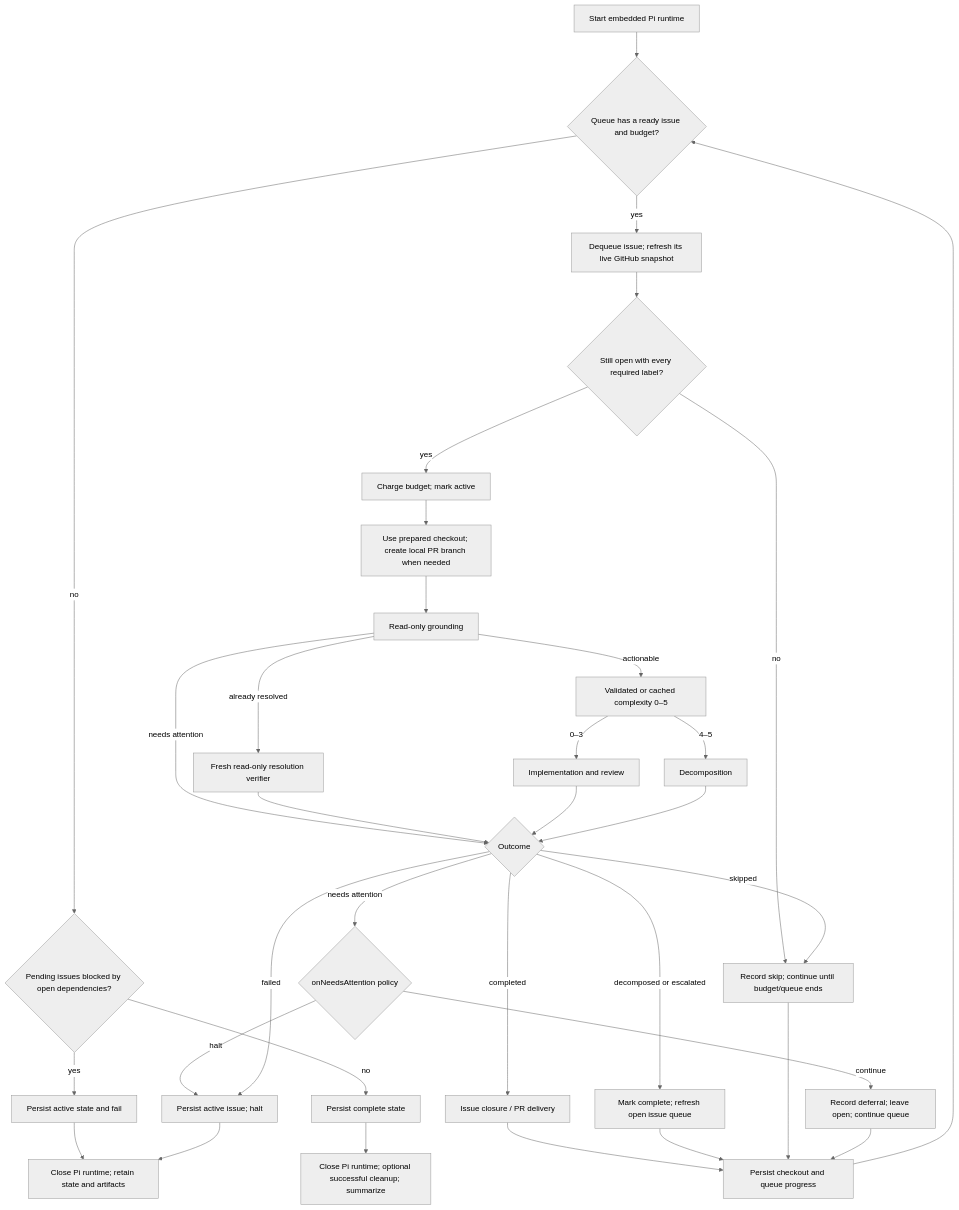
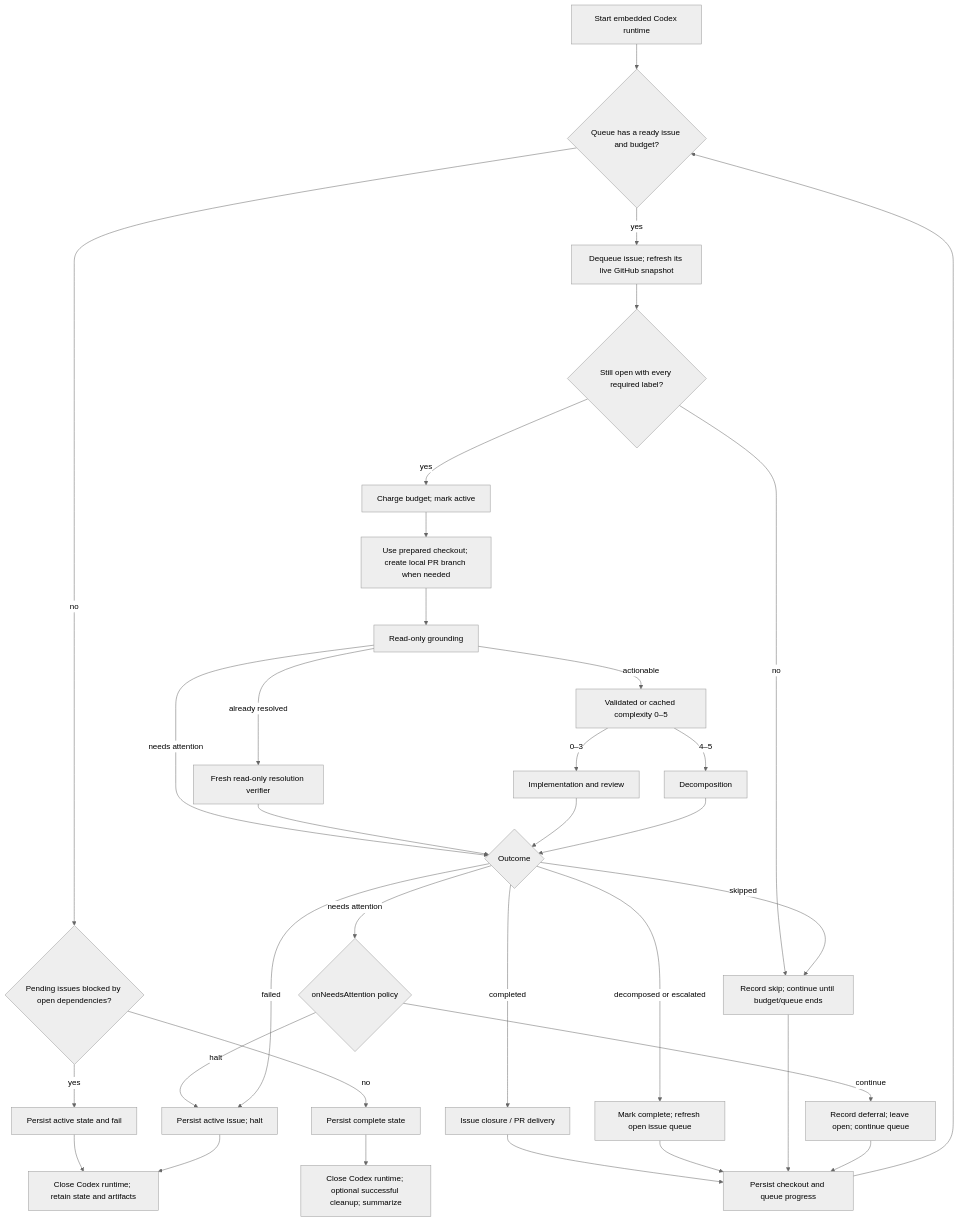
Before and after one commit to beremaran/ralphie: the second of 6 diagrams in docs/end-to-end-execution.md, drawn with Mermaid (neutral theme). The commit also changed other lines of this file and 91 other files, not shown here.

````diff
--- a/docs/end-to-end-execution.md
+++ b/docs/end-to-end-execution.md
@@ -119,36 +119,36 @@
 ```mermaid
 flowchart TD
-    A["Start embedded Pi runtime"] --> B{"Queue has a ready issue and budget?"}
+    A["Start embedded Codex runtime"] --> B{"Queue has a ready issue and budget?"}
     B -->|no| C{"Pending issues blocked by open dependencies?"}
     C -->|yes| D["Persist active state and fail"]
     C -->|no| E["Persist complete state"]
     B -->|yes| F["Dequeue issue; refresh its live GitHub snapshot"]
     F --> T{"Still open with every required label?"}
     T -->|no| M["Record durable skip; complete queue item"]
     T -->|yes| G["Charge budget; mark active"]
     G --> H["Use prepared checkout; create local PR branch when needed"]
     H --> I["Read-only grounding"]
     I -->|actionable| U["Validated or cached complexity 0–5"]
     I -->|already resolved| V["Fresh read-only resolution verifier"]
     I -->|needs attention| J{"Outcome"}
     U -->|0–3| W["Implementation and review"]
     U -->|4–5| X["Decomposition"]
     V --> J
     W --> J
     X --> J
     J -->|completed| K["Issue closure / PR delivery"]
     J -->|decomposed or escalated| L["Mark complete; refresh open issue queue"]
     J -->|skipped| M["Record skip; continue until budget/queue ends"]
     J -->|needs attention| Q{"onNeedsAttention policy"}
     Q -->|continue| P["Record deferral; leave open; continue queue"]
     Q -->|halt| N["Persist active issue; handled stop"]
     J -->|failed| N["Persist active issue; halt"]
     K --> O["Persist checkout and queue progress"]
     L --> O
     M --> O
     P --> O
     O --> B
-    E --> R["Close Pi runtime; optional successful cleanup; summarize"]
-    D --> S["Close Pi runtime; retain state and artifacts"]
+    E --> R["Close Codex runtime; optional successful cleanup; summarize"]
+    D --> S["Close Codex runtime; retain state and artifacts"]
     N --> S
 ```
````
